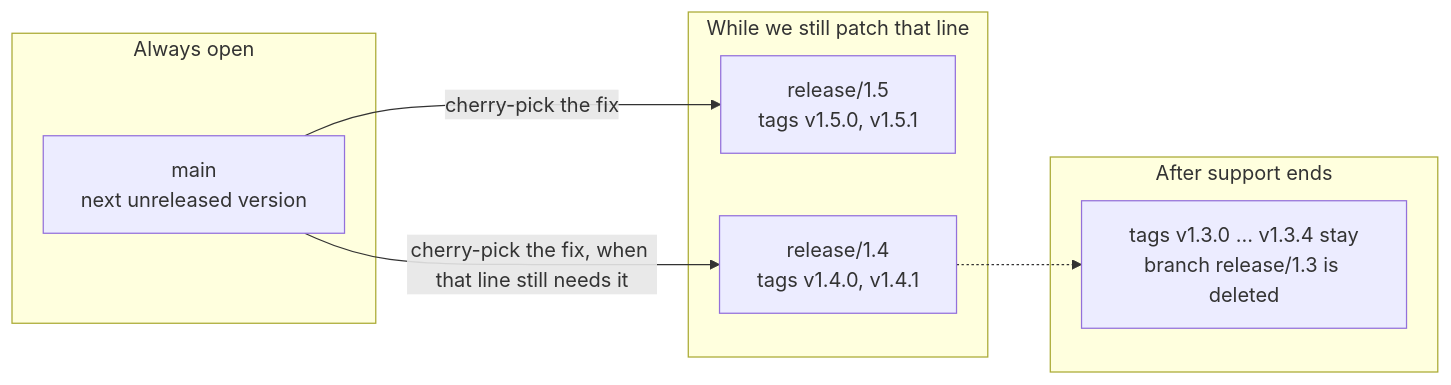
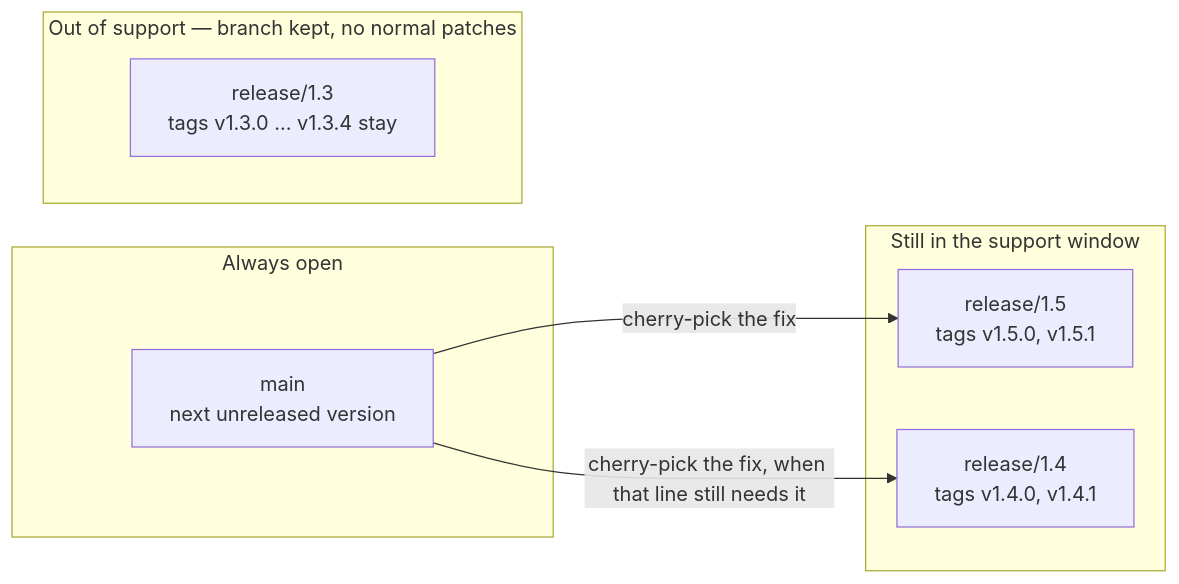
Before and after one commit to igrbesa/Release-versioning-options: the first of 11 diagrams in DEVELOPER_GUIDE.md, drawn with Mermaid. The commit also changed other lines of this file, not shown here.

First line of the commit message:
Improve the developer guide for daily use and keep release branches.

````diff
--- a/DEVELOPER_GUIDE.md
+++ b/DEVELOPER_GUIDE.md
@@ -28,19 +34,18 @@
 ```mermaid
 flowchart LR
     subgraph trunk["Always open"]
         main["main<br/>next unreleased version"]
     end
 
-    subgraph supported["While we still patch that line"]
+    subgraph active["Still in the support window"]
         r15["release/1.5<br/>tags v1.5.0, v1.5.1"]
         r14["release/1.4<br/>tags v1.4.0, v1.4.1"]
     end
 
-    subgraph done["After support ends"]
-        tags["tags v1.3.0 … v1.3.4 stay<br/>branch release/1.3 is deleted"]
+    subgraph kept["Out of support — branch kept, no normal patches"]
+        r13["release/1.3<br/>tags v1.3.0 … v1.3.4 stay"]
     end
 
     main -->|"cherry-pick the fix"| r15
     main -->|"cherry-pick the fix, when that line still needs it"| r14
-    r14 -.-> tags
 ```
````
